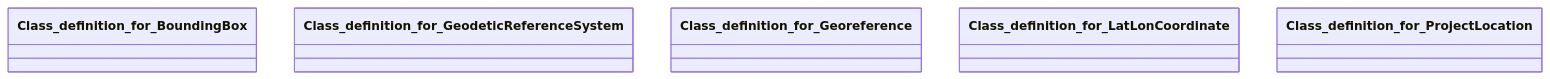
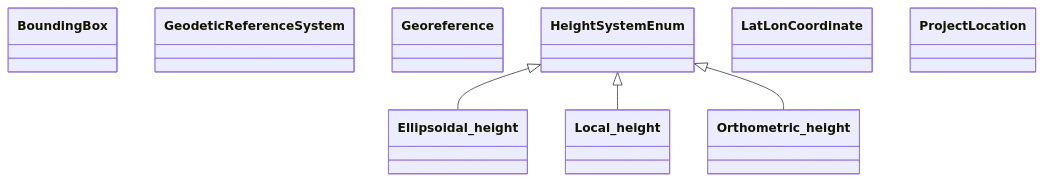
The diagram in artifacts/georeference/PROPERTIES.md (ASCS-eV/ontology-management-base), drawn with Mermaid before and after one commit. The commit also changed other lines of this file and 177 other files, not shown here.

````diff
--- a/artifacts/georeference/PROPERTIES.md
+++ b/artifacts/georeference/PROPERTIES.md
@@ -5,8 +5,15 @@
 ```mermaid
 classDiagram
-class Class_definition_for_BoundingBox
-class Class_definition_for_GeodeticReferenceSystem
-class Class_definition_for_Georeference
-class Class_definition_for_LatLonCoordinate
-class Class_definition_for_ProjectLocation
+class BoundingBox
+class Ellipsoidal_height
+class GeodeticReferenceSystem
+class Georeference
+class HeightSystemEnum
+class LatLonCoordinate
+class Local_height
+class Orthometric_height
+class ProjectLocation
+HeightSystemEnum <|-- Ellipsoidal_height
+HeightSystemEnum <|-- Local_height
+HeightSystemEnum <|-- Orthometric_height
 ```
````
